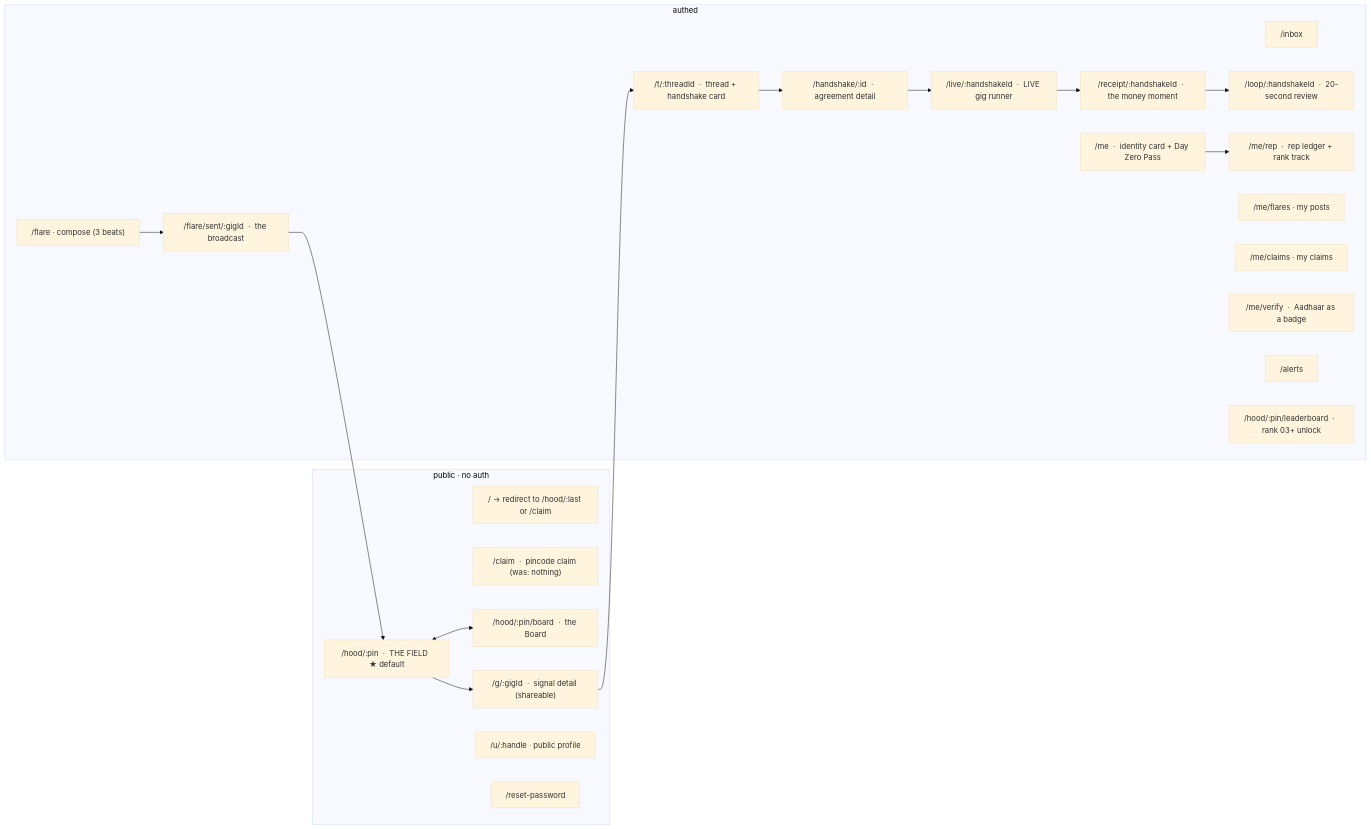
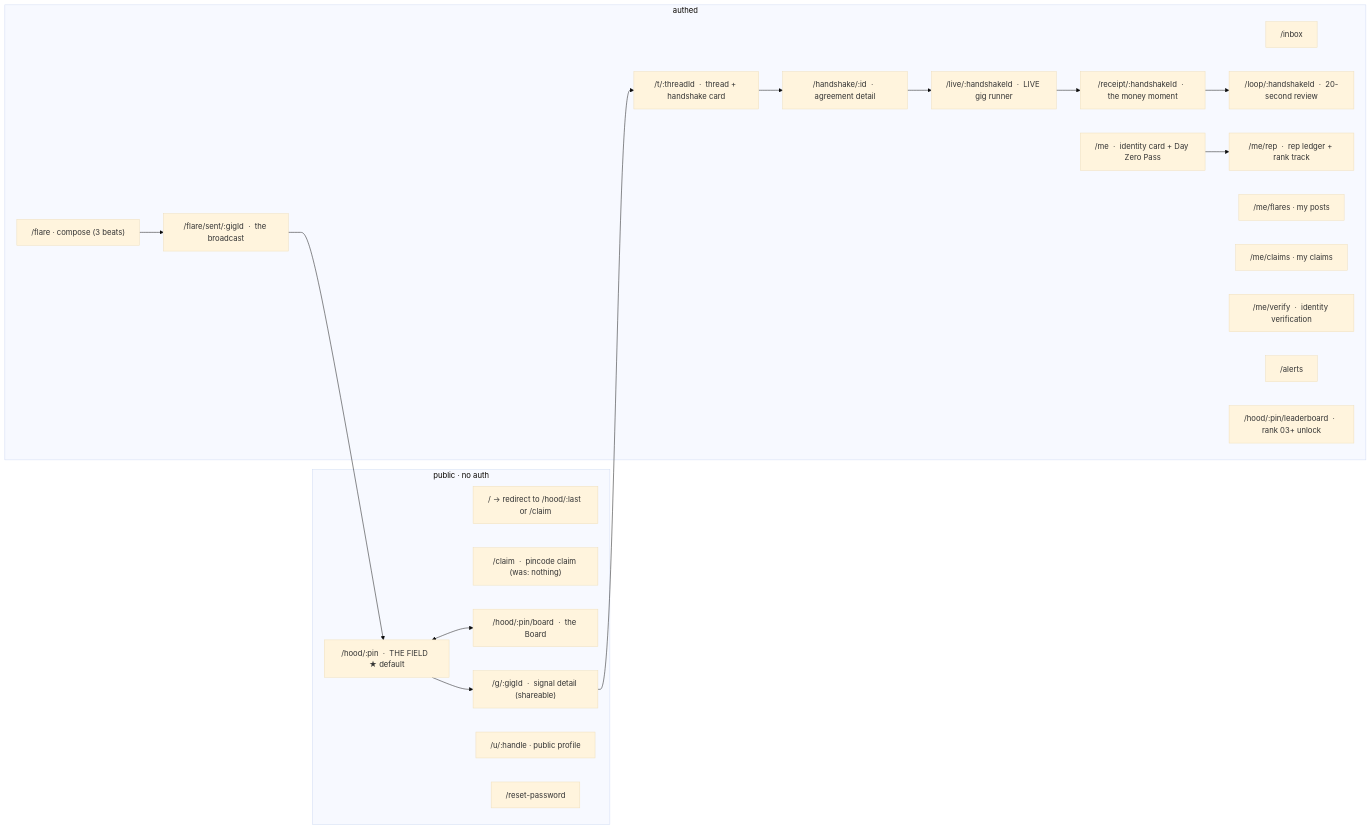
The fifth of 6 diagrams in .kiro/specs/qwick-gig-app-redesign/design.md (darshan-khanted/its_a_copy), drawn with Mermaid (base theme) before and after one commit. The commit also changed other lines of this file and 1 other file, not shown here.

````diff
--- a/.kiro/specs/qwick-gig-app-redesign/design.md
+++ b/.kiro/specs/qwick-gig-app-redesign/design.md
@@ -982,34 +1022,34 @@
 ```mermaid
 graph LR
   subgraph PUBLIC["public · no auth"]
     R1["/ → redirect to /hood/:last or /claim"]
     R2["/claim  ·  pincode claim (was: nothing)"]
     R3["/hood/:pin  ·  THE FIELD  ★ default"]
     R4["/hood/:pin/board  ·  the Board"]
     R5["/g/:gigId  ·  signal detail (shareable)"]
     R6["/u/:handle  ·  public profile"]
     R7["/reset-password"]
   end
   subgraph AUTHED["authed"]
     R8["/flare  ·  compose (3 beats)"]
     R9["/flare/sent/:gigId  ·  the broadcast"]
     R10["/inbox"]
     R11["/t/:threadId  ·  thread + handshake card"]
     R12["/handshake/:id  ·  agreement detail"]
     R13["/live/:handshakeId  ·  LIVE gig runner"]
     R14["/receipt/:handshakeId  ·  the money moment"]
     R15["/loop/:handshakeId  ·  20-second review"]
     R16["/me  ·  identity card + Day Zero Pass"]
     R17["/me/rep  ·  rep ledger + rank track"]
     R18["/me/flares  ·  my posts"]
     R19["/me/claims  ·  my claims"]
-    R20["/me/verify  ·  Aadhaar as a badge"]
+    R20["/me/verify  ·  identity verification"]
     R21["/alerts"]
     R22["/hood/:pin/leaderboard  ·  rank 03+ unlock"]
   end
   R3 <--> R4
   R3 --> R5 --> R11
   R8 --> R9 --> R3
   R11 --> R12 --> R13 --> R14 --> R15
   R16 --> R17
 ```
````
